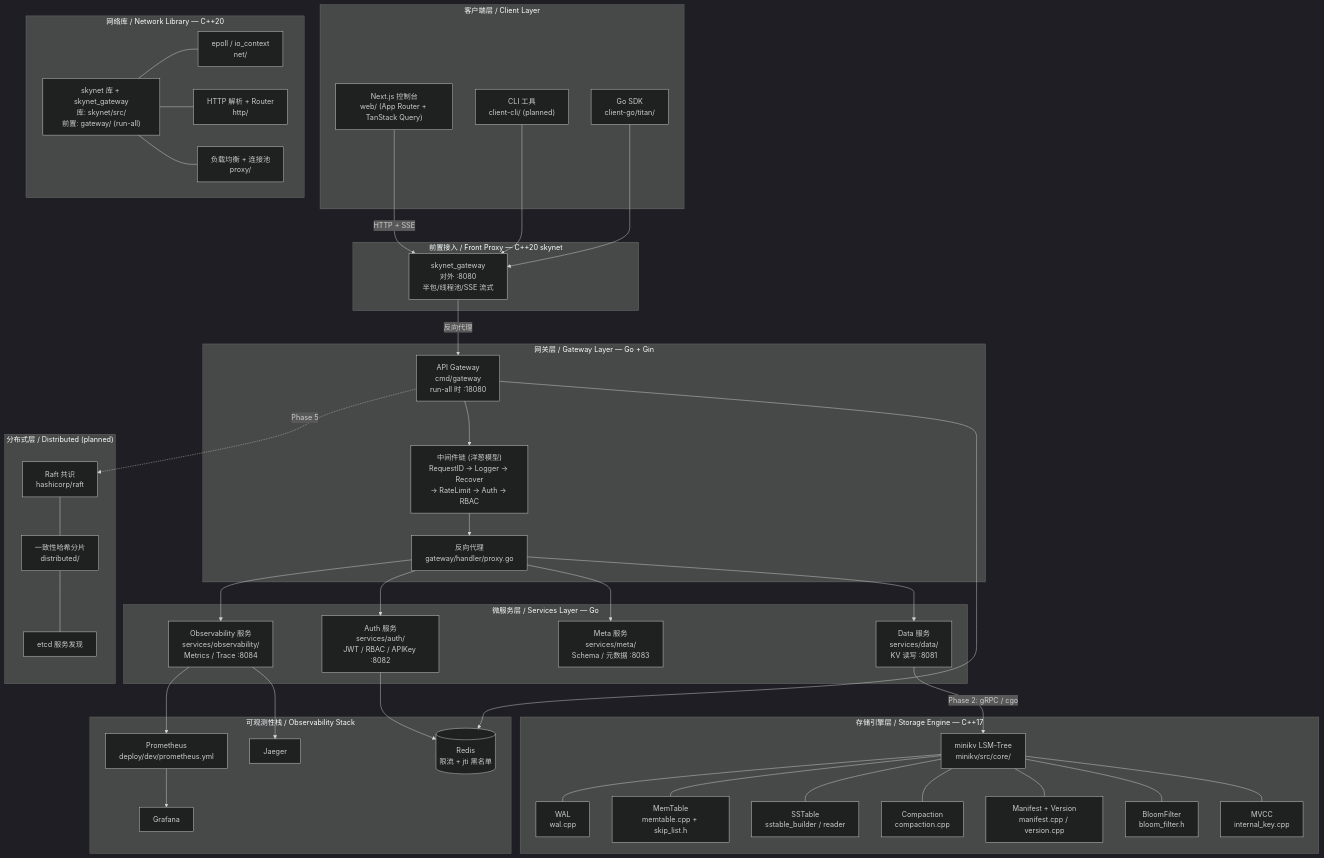
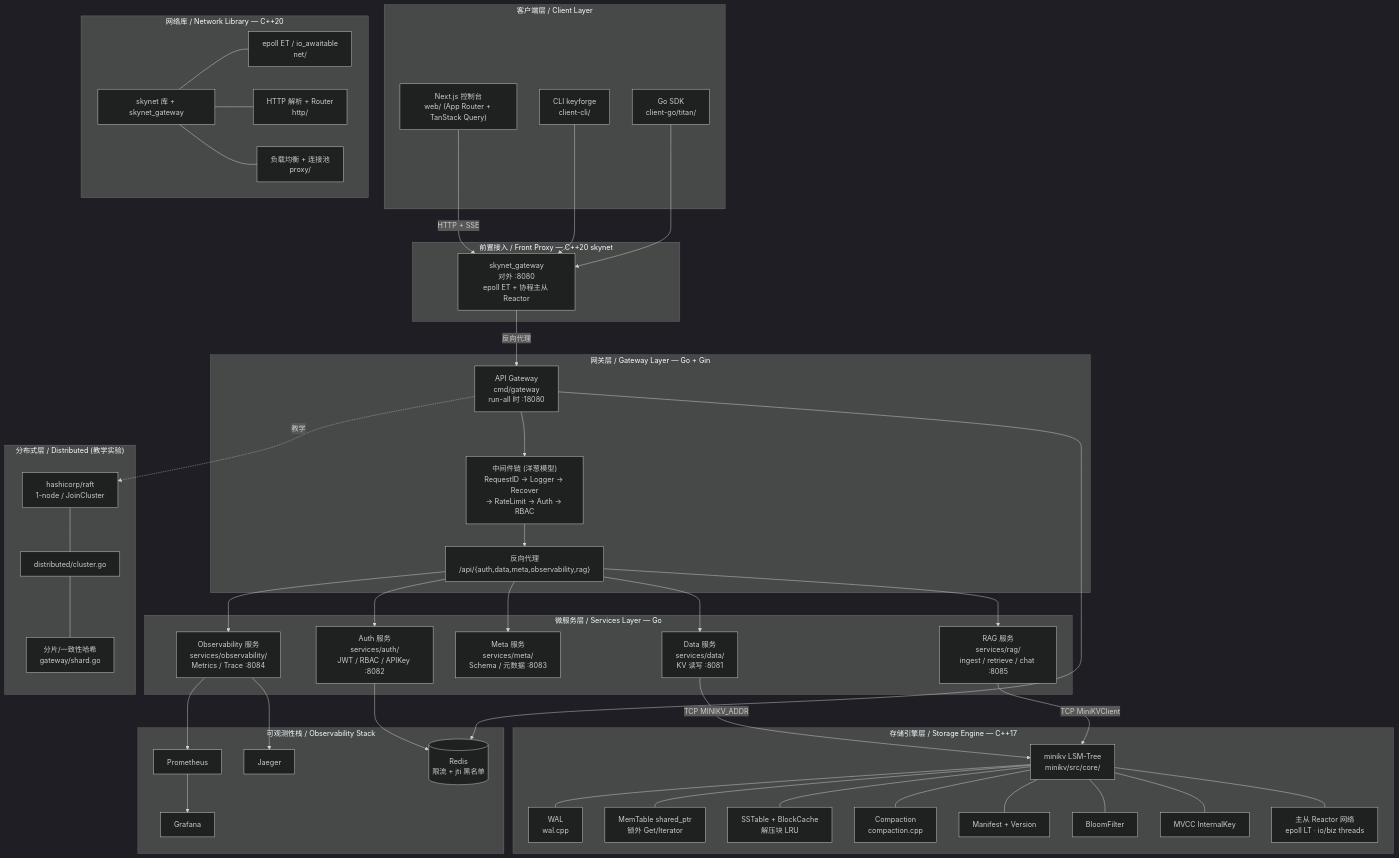
The diagram in README.md (Thezx-a/TitanKV), drawn with Mermaid (dark theme) before and after one commit. The commit also changed other lines of this file and 52 other files, not shown here.

First line of the commit message:
docs: 同步最新架构文档与分层知识图谱

```diff
--- a/README.md
+++ b/README.md
@@ -48,18 +50,18 @@
 graph TB
     subgraph Client["客户端层 / Client Layer"]
         WEBUI["Next.js 控制台<br/>web/ (App Router + TanStack Query)"]
-        CLI["CLI 工具<br/>client-cli/ (planned)"]
+        CLI["CLI keyforge<br/>client-cli/"]
         SDK["Go SDK<br/>client-go/titan/"]
     end
 
     subgraph FrontProxy["前置接入 / Front Proxy — C++20 skynet"]
-        SKYGW["skynet_gateway<br/>对外 :8080<br/>半包/线程池/SSE 流式"]
+        SKYGW["skynet_gateway<br/>对外 :8080<br/>epoll ET + 协程主从 Reactor"]
     end
 
     subgraph Gateway["网关层 / Gateway Layer — Go + Gin"]
         GW["API Gateway<br/>cmd/gateway<br/>run-all 时 :18080"]
         MW["中间件链 (洋葱模型)<br/>RequestID → Logger → Recover<br/>→ RateLimit → Auth → RBAC"]
-        PROXY["反向代理<br/>gateway/handler/proxy.go"]
+        PROXY["反向代理<br/>/api/{auth,data,meta,observability,rag}"]
     end
 
     subgraph Services["微服务层 / Services Layer — Go"]
@@ -67,34 +69,36 @@
         DATA["Data 服务<br/>services/data/<br/>KV 读写 :8081"]
         META["Meta 服务<br/>services/meta/<br/>Schema / 元数据 :8083"]
         OBS["Observability 服务<br/>services/observability/<br/>Metrics / Trace :8084"]
+        RAG["RAG 服务<br/>services/rag/<br/>ingest / retrieve / chat :8085"]
     end
 
     subgraph Storage["存储引擎层 / Storage Engine — C++17"]
         MINIKV["minikv LSM-Tree<br/>minikv/src/core/"]
         WAL["WAL<br/>wal.cpp"]
-        MEM["MemTable<br/>memtable.cpp + skip_list.h"]
-        SST["SSTable<br/>sstable_builder / reader"]
+        MEM["MemTable shared_ptr<br/>锁外 Get/Iterator"]
+        SST["SSTable + BlockCache<br/>解压块 LRU"]
         COMP["Compaction<br/>compaction.cpp"]
-        MANIFEST["Manifest + Version<br/>manifest.cpp / version.cpp"]
-        BLOOM["BloomFilter<br/>bloom_filter.h"]
-        MVCC["MVCC<br/>internal_key.cpp"]
+        MANIFEST["Manifest + Version"]
+        BLOOM["BloomFilter"]
+        MVCC["MVCC InternalKey"]
+        NET["主从 Reactor 网络<br/>epoll LT · io/biz threads"]
     end
 
     subgraph NetLib["网络库 / Network Library — C++20"]
-        SKYNET["skynet 库 + skynet_gateway<br/>库: skynet/src/<br/>前置: gateway/ (run-all)"]
-        IO["epoll / io_context<br/>net/"]
+        SKYNET["skynet 库 + skynet_gateway"]
+        IO["epoll ET / io_awaitable<br/>net/"]
         HTTP["HTTP 解析 + Router<br/>http/"]
         LB["负载均衡 + 连接池<br/>proxy/"]
     end
 
-    subgraph Dist["分布式层 / Distributed (planned)"]
-        RAFT["Raft 共识<br/>hashicorp/raft"]
-        SHARD["一致性哈希分片<br/>distributed/"]
-        ETCD["etcd 服务发现"]
+    subgraph Dist["分布式层 / Distributed (教学实验)"]
+        RAFT["hashicorp/raft<br/>1-node / JoinCluster"]
+        SHARD["分片/一致性哈希<br/>gateway/shard.go"]
+        CLUSTER["distributed/cluster.go"]
     end
 
     subgraph ObsStack["可观测性栈 / Observability Stack"]
-        PROM["Prometheus<br/>deploy/dev/prometheus.yml"]
+        PROM["Prometheus"]
         GRAF["Grafana"]
         JAEGER["Jaeger"]
         REDIS[("Redis<br/>限流 + jti 黑名单")]
@@ -109,7 +113,9 @@
     PROXY --> DATA
     PROXY --> META
     PROXY --> OBS
-    DATA -->|Phase 2: gRPC / cgo| MINIKV
+    PROXY --> RAG
+    DATA -->|TCP MINIKV_ADDR| MINIKV
+    RAG -->|TCP MiniKVClient| MINIKV
     MINIKV --- WAL
     MINIKV --- MEM
     MINIKV --- SST
@@ -117,12 +123,13 @@
     MINIKV --- MANIFEST
     MINIKV --- BLOOM
     MINIKV --- MVCC
+    MINIKV --- NET
     SKYNET --- IO
     SKYNET --- HTTP
     SKYNET --- LB
-    GW -.->|Phase 5| RAFT
-    RAFT --- SHARD
-    SHARD --- ETCD
+    GW -.->|教学| RAFT
+    RAFT --- CLUSTER
+    CLUSTER --- SHARD
     AUTH --> REDIS
     GW --> REDIS
     OBS --> PROM
```
